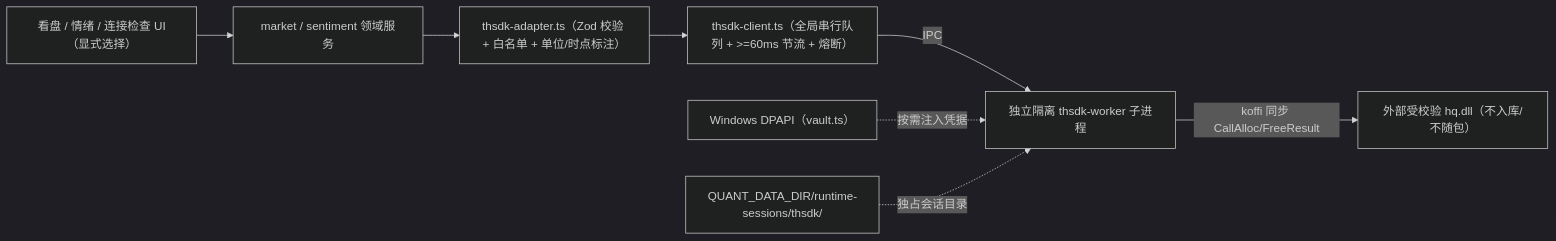
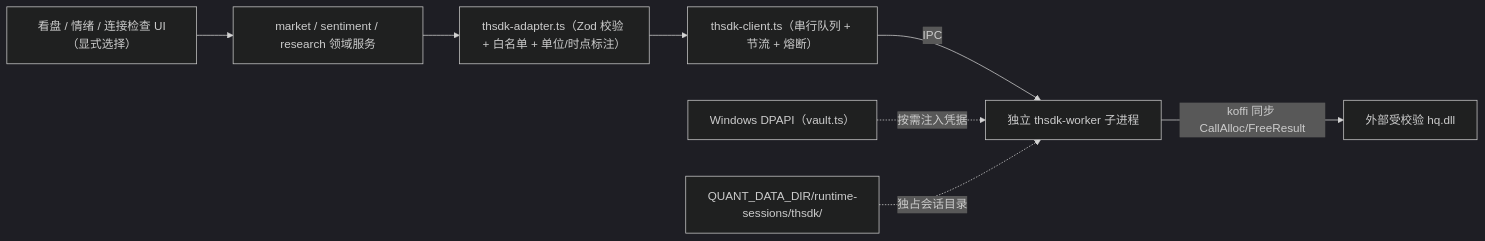
The diagram in docs/data-sources/2026-11-19-thsdk-data-source-plan.md (cn3lfs/nextjs-quant), drawn with Mermaid (dark theme) before and after one commit. The commit also changed other lines of this file and 35 other files, not shown here.

Commit message:
chore(governance,thsdk): remove legacy freeze restrictions, modernize test guards and verify hq.dll ABI

````diff
--- a/docs/data-sources/2026-11-19-thsdk-data-source-plan.md
+++ b/docs/data-sources/2026-11-19-thsdk-data-source-plan.md
@@ -130,10 +72,10 @@
 ```mermaid
 flowchart LR
-  UI["看盘 / 情绪 / 连接检查 UI（显式选择）"] --> Service["market / sentiment 领域服务"]
+  UI["看盘 / 情绪 / 连接检查 UI（显式选择）"] --> Service["market / sentiment / research 领域服务"]
   Service --> Adapter["thsdk-adapter.ts（Zod 校验 + 白名单 + 单位/时点标注）"]
-  Adapter --> Queue["thsdk-client.ts（全局串行队列 + >=60ms 节流 + 熔断）"]
-  Queue -->|IPC| Worker["独立隔离 thsdk-worker 子进程"]
-  Worker -->|koffi 同步 CallAlloc/FreeResult| DLL["外部受校验 hq.dll（不入库/不随包）"]
+  Adapter --> Queue["thsdk-client.ts（串行队列 + 节流 + 熔断）"]
+  Queue -->|IPC| Worker["独立 thsdk-worker 子进程"]
+  Worker -->|koffi 同步 CallAlloc/FreeResult| DLL["外部受校验 hq.dll"]
   Vault["Windows DPAPI（vault.ts）"] -.->|按需注入凭据| Worker
   Session["QUANT_DATA_DIR/runtime-sessions/thsdk/"] -.->|独占会话目录| Worker
 ```
````
